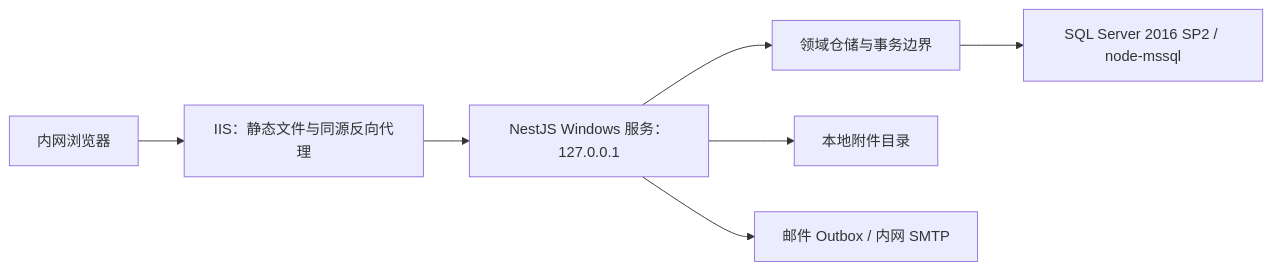
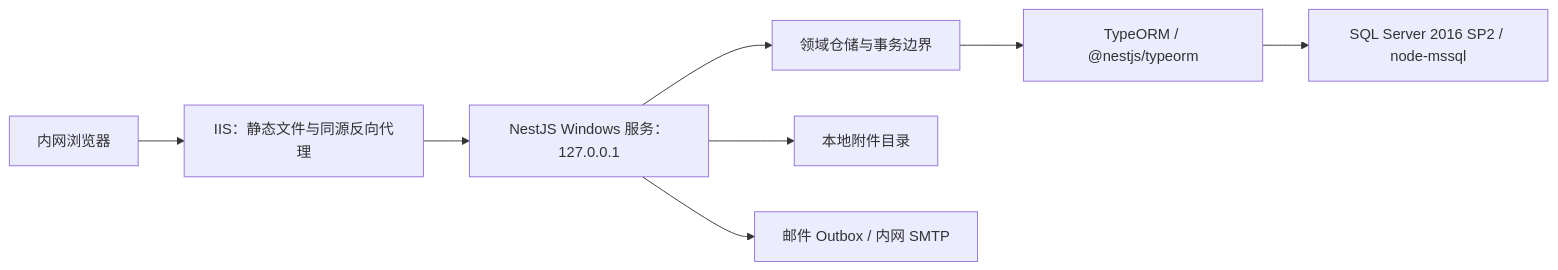
Before and after one commit to hdp00/processSite: the diagram in document/BACKEND_IMPLEMENTATION_DESIGN.md, drawn with Mermaid. The commit also changed other lines of this file and 16 other files, not shown here.

````diff
--- a/document/BACKEND_IMPLEMENTATION_DESIGN.md
+++ b/document/BACKEND_IMPLEMENTATION_DESIGN.md
@@ -28,9 +32,10 @@
 ```mermaid
 flowchart LR
     B["内网浏览器"] --> I["IIS：静态文件与同源反向代理"]
     I --> N["NestJS Windows 服务：127.0.0.1"]
     N --> P["领域仓储与事务边界"]
-    P --> M["SQL Server 2016 SP2 / node-mssql"]
+    P --> T["TypeORM / @nestjs/typeorm"]
+    T --> M["SQL Server 2016 SP2 / node-mssql"]
     N --> F["本地附件目录"]
     N --> O["邮件 Outbox / 内网 SMTP"]
 ```
````
